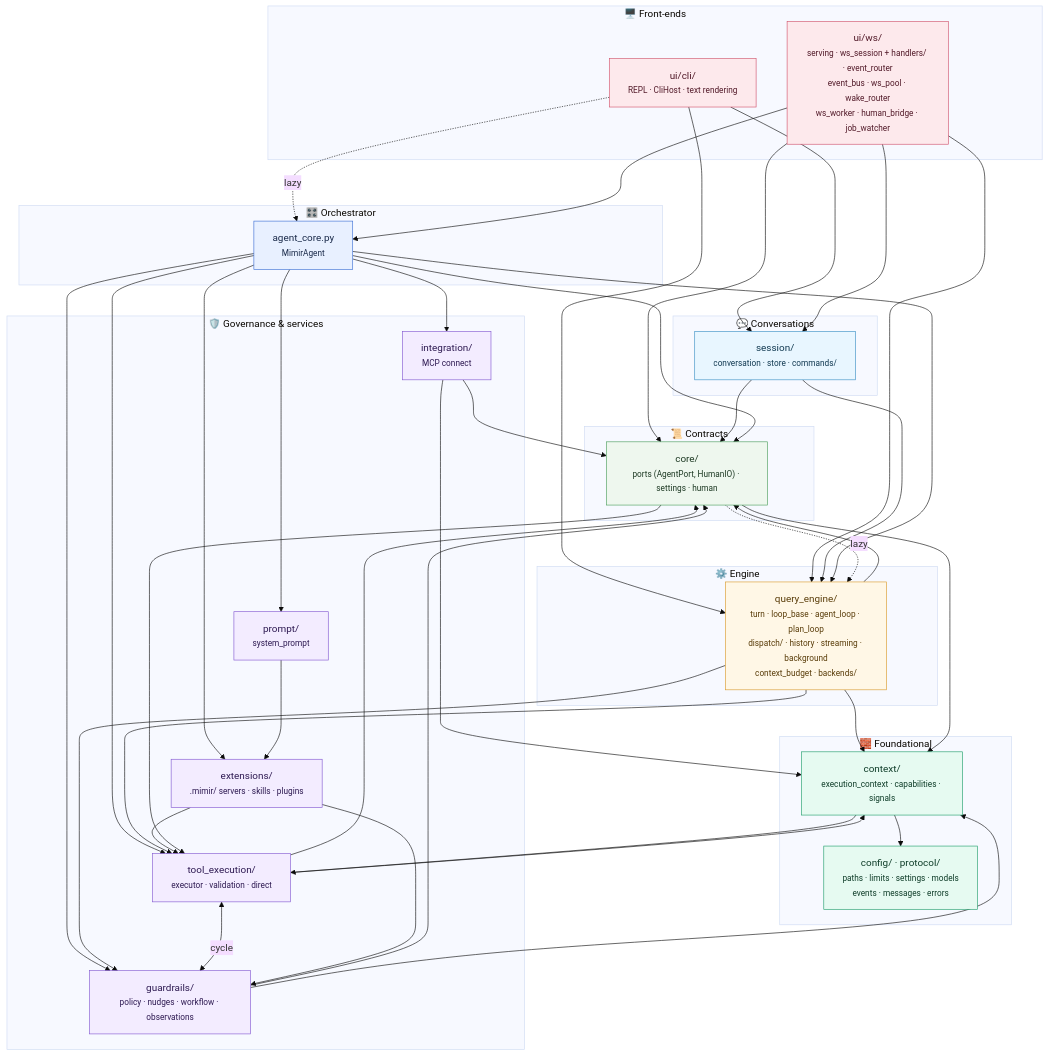
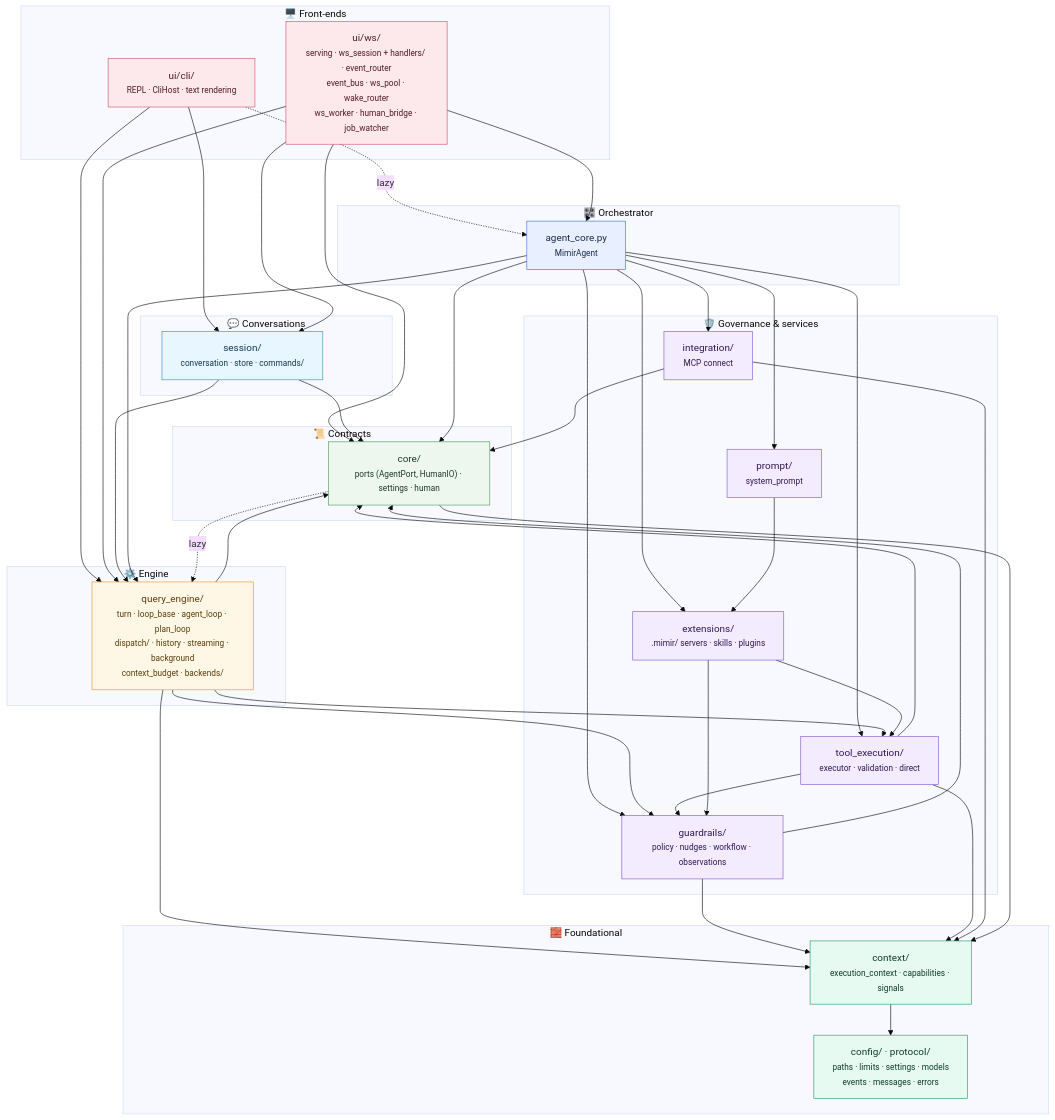
Before and after one commit to MIMIR-LLM4CSE/MIMIR: the diagram in ARCHITECTURE.md, drawn with Mermaid (base theme). The commit also changed other lines of this file and 12 other files, not shown here.

```diff
--- a/ARCHITECTURE.md
+++ b/ARCHITECTURE.md
@@ -66,7 +66,7 @@
 
     guard --> core
     guard --> ctx
-    te <-->|cycle| guard
+    te --> guard
     te --> core
     te --> ctx
     prompt --> ext
@@ -76,9 +76,7 @@
     integ --> ctx
 
     core --> ctx
-    core --> te
     core -.->|lazy| qe
-    ctx --> te
     ctx --> cfg
 
     classDef fnd fill:#e6faf1,stroke:#1f9d6a,color:#0f3d29;
```
